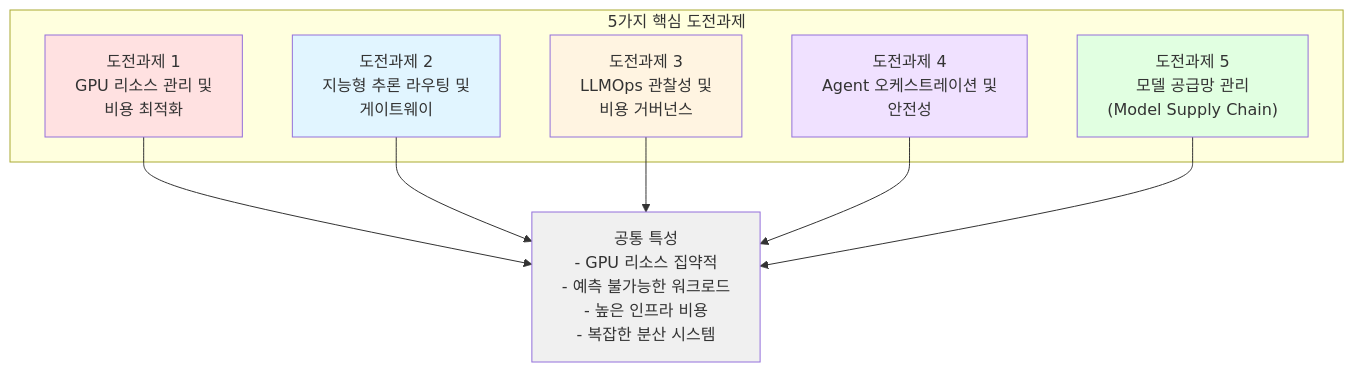
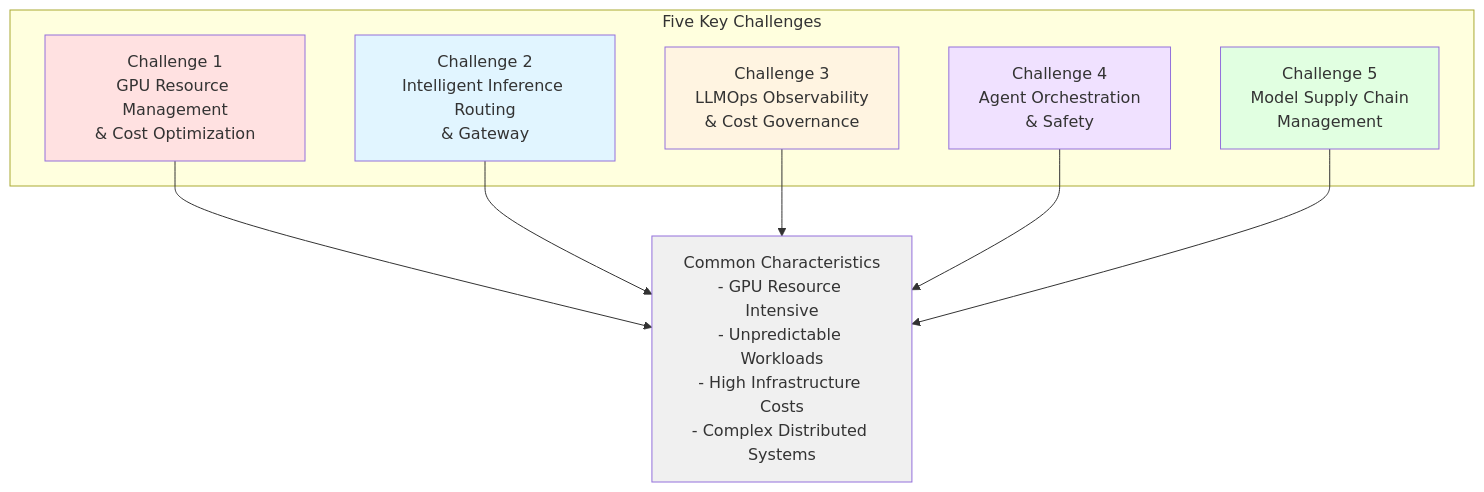
The first of 4 diagrams in i18n/en/docusaurus-plugin-content-docs/current/agentic-ai-platform/design-architecture/agentic-ai-challenges.md (devfloor9/engineering-playbook), drawn with Mermaid before and after one commit. The commit also changed other lines of this file and 16 other files, not shown here.

````diff
--- a/i18n/en/docusaurus-plugin-content-docs/current/agentic-ai-platform/design-architecture/agentic-ai-challenges.md
+++ b/i18n/en/docusaurus-plugin-content-docs/current/agentic-ai-platform/design-architecture/agentic-ai-challenges.md
@@ -29,25 +29,25 @@
 ```mermaid
 flowchart TD
-    subgraph Challenges["5가지 핵심 도전과제"]
-        C1["도전과제 1<br/>GPU 리소스 관리 및<br/>비용 최적화"]
-        C2["도전과제 2<br/>지능형 추론 라우팅 및<br/>게이트웨이"]
-        C3["도전과제 3<br/>LLMOps 관찰성 및<br/>비용 거버넌스"]
-        C4["도전과제 4<br/>Agent 오케스트레이션 및<br/>안전성"]
-        C5["도전과제 5<br/>모델 공급망 관리<br/>(Model Supply Chain)"]
+    subgraph Challenges["Five Key Challenges"]
+        C1["Challenge 1<br/>GPU Resource Management<br/>& Cost Optimization"]
+        C2["Challenge 2<br/>Intelligent Inference Routing<br/>& Gateway"]
+        C3["Challenge 3<br/>LLMOps Observability<br/>& Cost Governance"]
+        C4["Challenge 4<br/>Agent Orchestration<br/>& Safety"]
+        C5["Challenge 5<br/>Model Supply Chain<br/>Management"]
     end
 
-    COMMON["공통 특성<br/>- GPU 리소스 집약적<br/>- 예측 불가능한 워크로드<br/>- 높은 인프라 비용<br/>- 복잡한 분산 시스템"]
+    COMMON["Common Characteristics<br/>- GPU Resource Intensive<br/>- Unpredictable Workloads<br/>- High Infrastructure Costs<br/>- Complex Distributed Systems"]
 
     C1 --> COMMON
     C2 --> COMMON
     C3 --> COMMON
     C4 --> COMMON
     C5 --> COMMON
 
     style C1 fill:#ffe1e1
     style C2 fill:#e1f5ff
     style C3 fill:#fff4e1
     style C4 fill:#f0e1ff
     style C5 fill:#e1ffe1
     style COMMON fill:#f0f0f0
 ```
````
